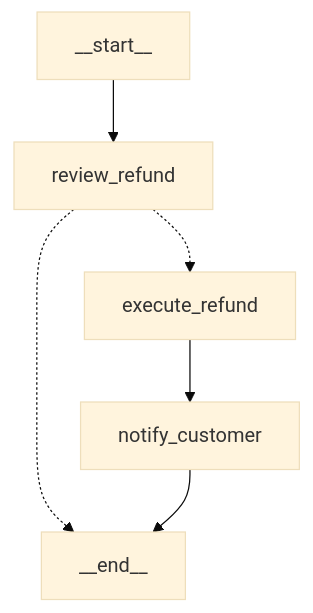
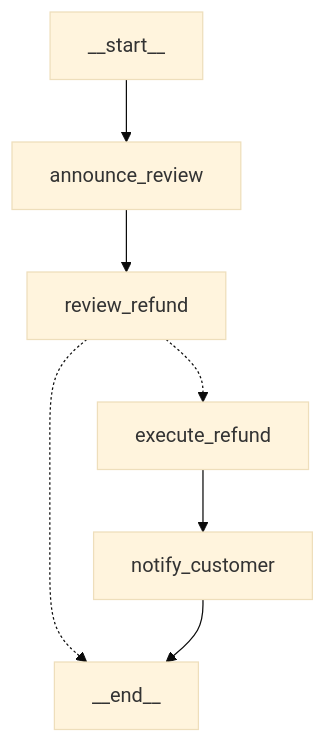
Before and after one commit to ilkersigirci/langgraph-openai-serve: the first of 2 diagrams in docs/demo/graphs/interruptible-approval.md, drawn with Mermaid (base theme). The commit also changed other lines of this file and 3 other files, not shown here.

Commit message:
feat(demo): stream a notice before the refund review

````diff
--- a/docs/demo/graphs/interruptible-approval.md
+++ b/docs/demo/graphs/interruptible-approval.md
@@ -22,8 +28,9 @@
 ```mermaid
 graph TD;
-  start["__start__"] --> review_refund;
+  start["__start__"] --> announce_review;
+  announce_review --> review_refund;
   execute_refund --> notify_customer;
   review_refund -.-> finish["__end__"];
   review_refund -.-> execute_refund;
   notify_customer --> finish;
 ```
````
